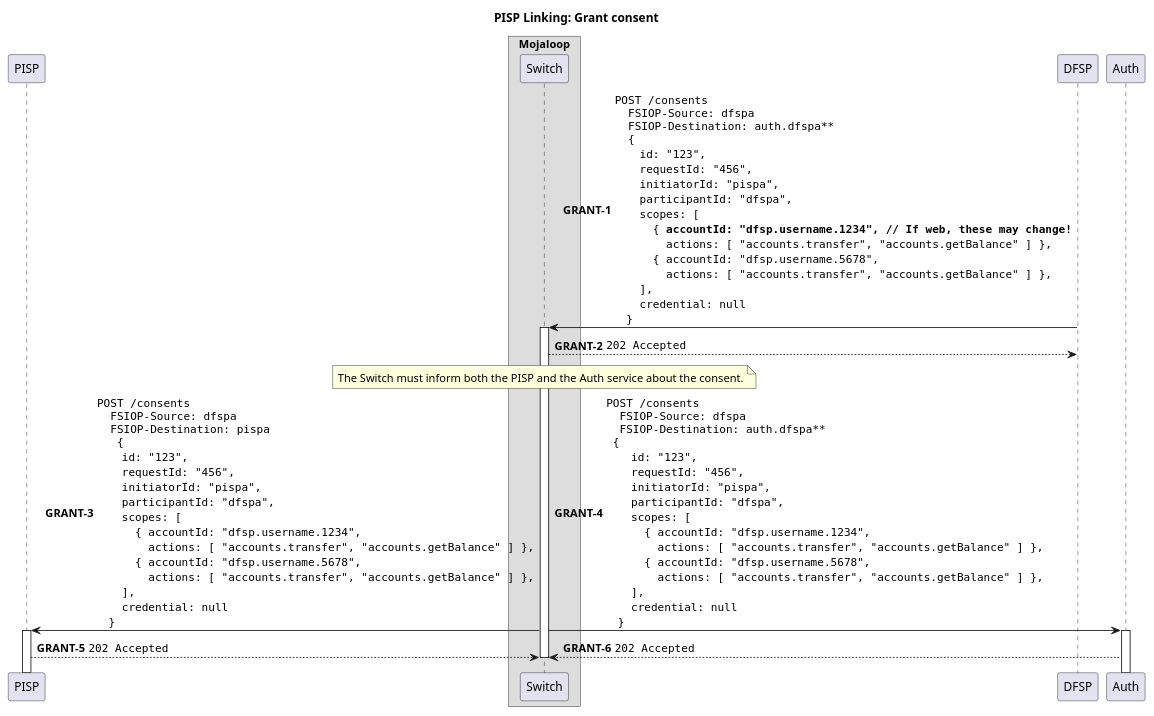
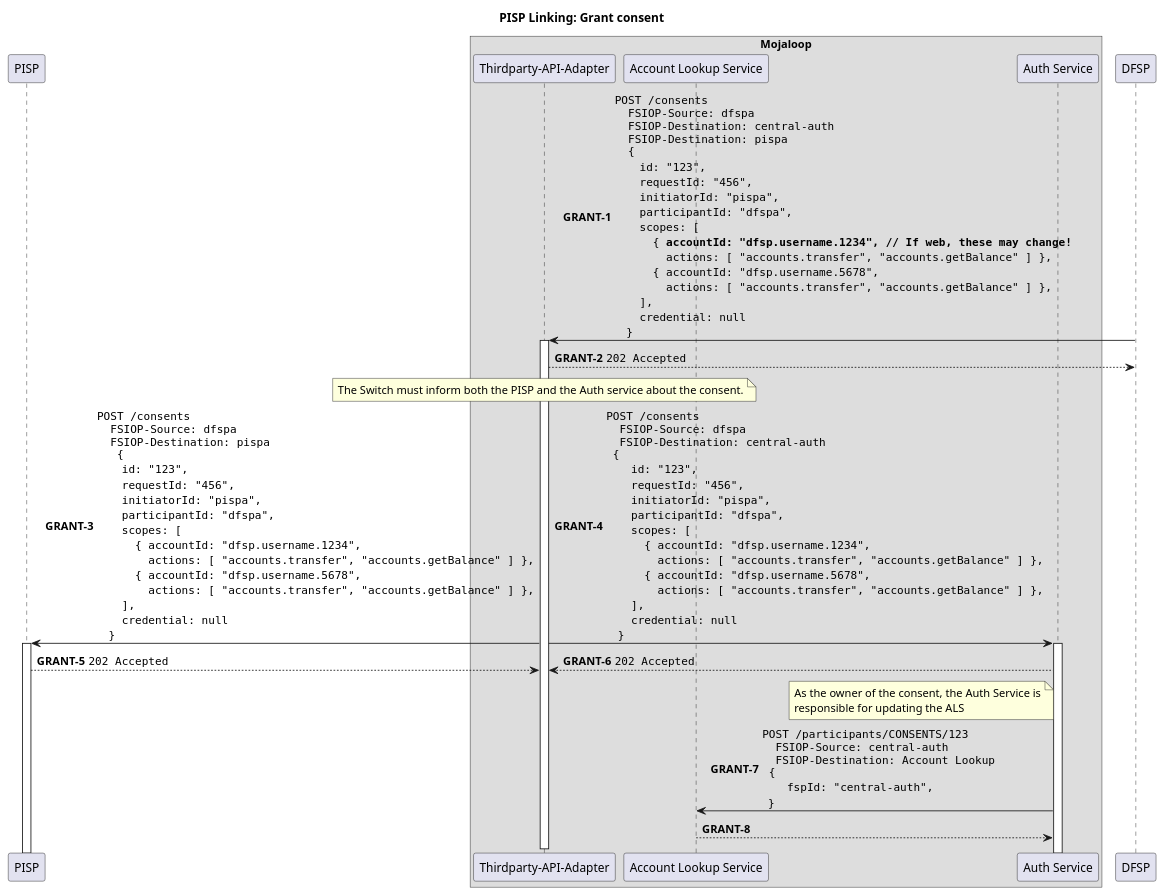
One commit to mojaloop/pisp-project changed the diagram in docs/linking/4-grant-consent.puml. Above: the diagram before and after it, drawn with PlantUML. The commit also changed 4 other files, not shown here.

First line of the commit message:
feat(design): add a `POST /participants` call and use more mojaloopy-style routing (#84)

```diff
--- a/docs/linking/4-grant-consent.puml
+++ b/docs/linking/4-grant-consent.puml
@@ -1,78 +1,95 @@
 @startuml
 
 !pragma teoz true
 
 title PISP Linking: Grant consent
 
 participant "PISP" as PISP
 
 box "Mojaloop"
-    participant Switch
+    participant "Thirdparty-API-Adapter" as Switch
+    participant "Account Lookup Service" as ALS
+    participant "Auth Service" as Auth
 end box
 
 participant "DFSP" as DFSP
 
 autonumber 1 "<b>GRANT-#</b>"
 
 DFSP -> Switch ++: ""POST /consents""\n\
 ""  FSIOP-Source: dfspa""\n\
-""  FSIOP-Destination: auth.dfspa**""\n\
+""  FSIOP-Destination: central-auth""\n\
+""  FSIOP-Destination: pispa""\n\
 ""  {""\n\
     ""  id: "123",""\n\
     ""  requestId: "456",""\n\
     ""  initiatorId: "pispa",""\n\
     ""  participantId: "dfspa",""\n\
     ""  scopes: [ ""\n\
     ""    { **accountId: "dfsp.username.1234", // If web, these may change!**""\n\
     ""      actions: [ "accounts.transfer", "accounts.getBalance" ] },""\n\
     ""    { accountId: "dfsp.username.5678",""\n\
     ""      actions: [ "accounts.transfer", "accounts.getBalance" ] },""\n\
     ""  ],""\n\
     ""  credential: null""\n\
     ""}""
 Switch --> DFSP: ""202 Accepted""
 deactivate DFSP
 
 note over Switch
   The Switch must inform both the PISP and the Auth service about the consent.
 end note
 
 Switch -> PISP ++: ""POST /consents""\n\
 ""  FSIOP-Source: dfspa""\n\
 ""  FSIOP-Destination: pispa""\n\
 ""   {""\n\
     ""  id: "123",""\n\
     ""  requestId: "456",""\n\
     ""  initiatorId: "pispa",""\n\
     ""  participantId: "dfspa",""\n\
     ""  scopes: [ ""\n\
     ""    { accountId: "dfsp.username.1234",""\n\
     ""      actions: [ "accounts.transfer", "accounts.getBalance" ] },""\n\
     ""    { accountId: "dfsp.username.5678",""\n\
     ""      actions: [ "accounts.transfer", "accounts.getBalance" ] },""\n\
     ""  ],""\n\
     ""  credential: null""\n\
     ""}""
 & Switch -> Auth ++: ""POST /consents""\n\
 ""  FSIOP-Source: dfspa""\n\
-""  FSIOP-Destination: auth.dfspa**""\n\
+""  FSIOP-Destination: central-auth""\n\
 "" {""\n\
     ""  id: "123",""\n\
     ""  requestId: "456",""\n\
     ""  initiatorId: "pispa",""\n\
     ""  participantId: "dfspa",""\n\
     ""  scopes: [ ""\n\
     ""    { accountId: "dfsp.username.1234",""\n\
     ""      actions: [ "accounts.transfer", "accounts.getBalance" ] },""\n\
     ""    { accountId: "dfsp.username.5678",""\n\
     ""      actions: [ "accounts.transfer", "accounts.getBalance" ] },""\n\
     ""  ],""\n\
     ""  credential: null""\n\
     ""}""
 
 PISP --> Switch: ""202 Accepted""
 & Auth --> Switch: ""202 Accepted""
 
+note left of Auth
+  As the owner of the consent, the Auth Service is
+  responsible for updating the ALS
+end note
+
+Auth -> ALS: ""POST /participants/CONSENTS/123""\n\
+""  FSIOP-Source: central-auth""\n\
+""  FSIOP-Destination: Account Lookup""\n\
+"" {""\n\
+    ""  fspId: "central-auth",""\n\
+  ""}""
+
+ALS --> Auth:
+
 deactivate Switch
 
 @enduml
```
